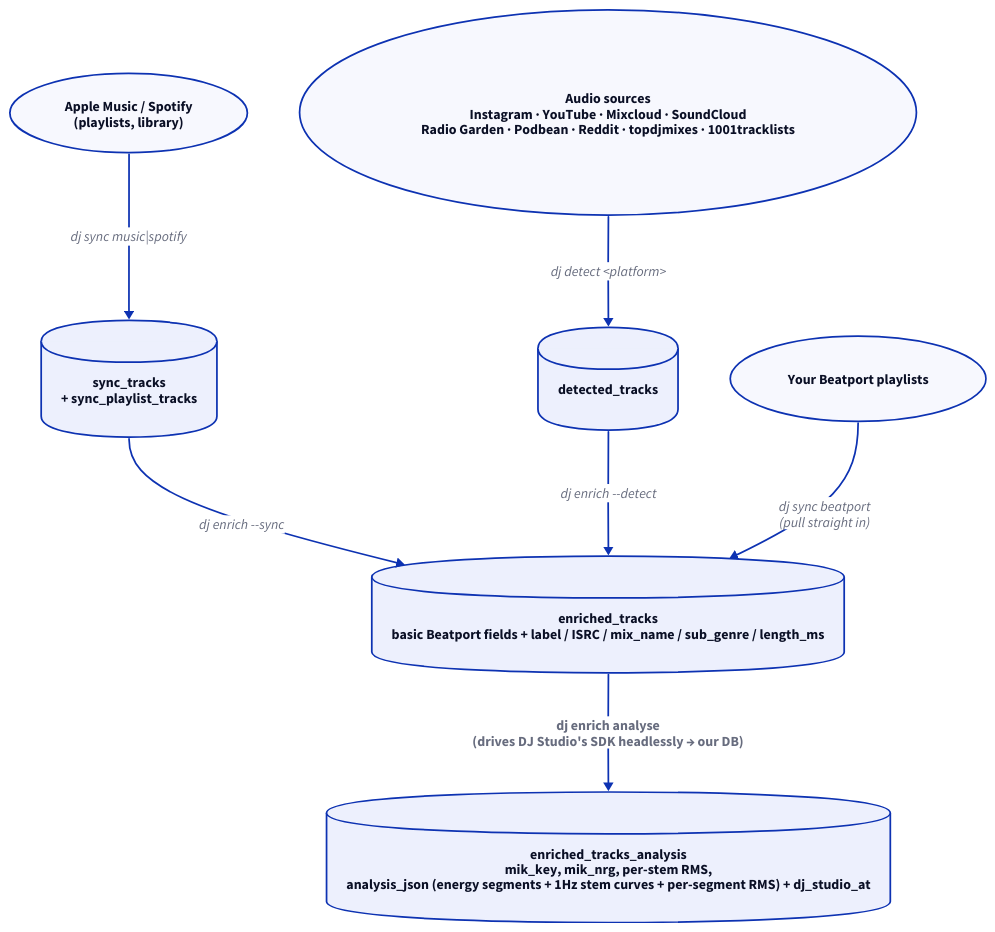
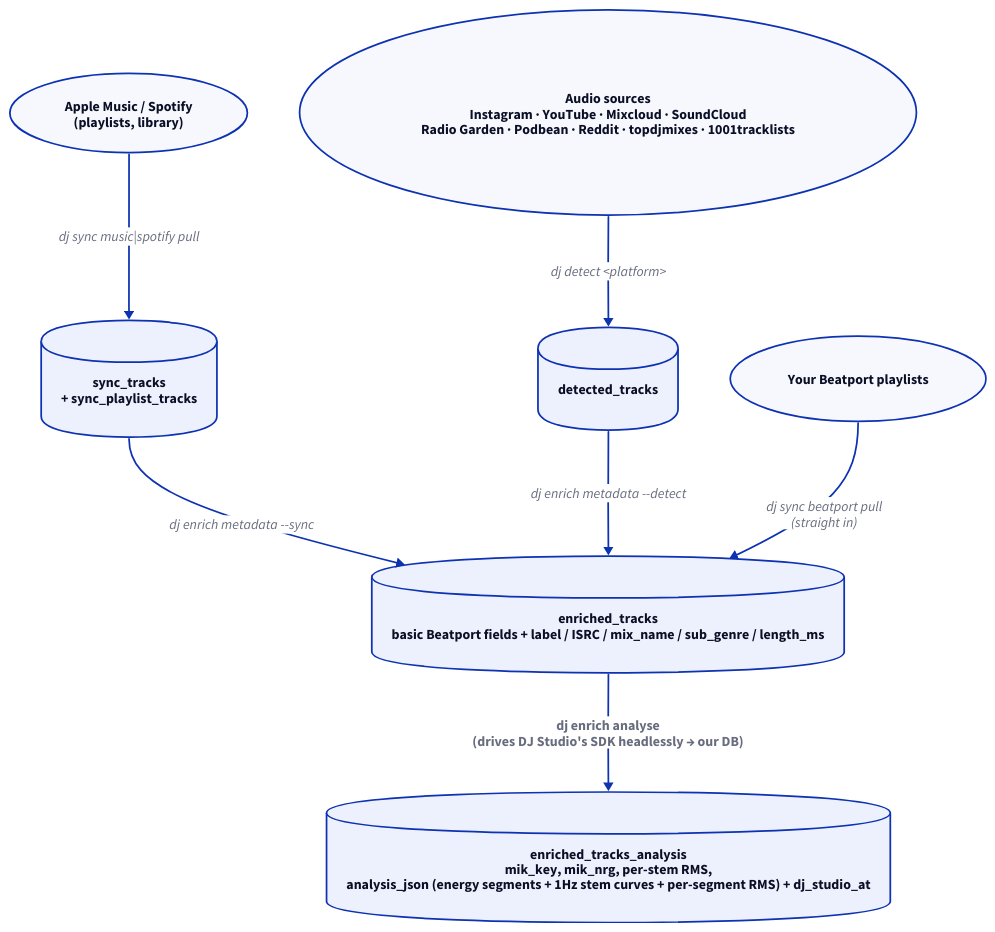
Before and after one commit to baymac/djstudio-export: the diagram in docs/diagrams/pipeline.d2, drawn with D2. The commit also changed 27 other files, not shown here.

```diff
--- a/docs/diagrams/pipeline.d2
+++ b/docs/diagrams/pipeline.d2
@@ -1,37 +1,37 @@
 # dj pipeline — sources → enriched library → analysis. Source: README "Pipeline at a glance".
 # Render: d2 --theme 0 --dark-theme 200 --pad 20 pipeline.d2 pipeline.svg
 
 direction: down
 
 apple: "Apple Music / Spotify\n(playlists, library)" {
   shape: oval
 }
 audio: "Audio sources\nInstagram · YouTube · Mixcloud · SoundCloud\nRadio Garden · Podbean · Reddit · topdjmixes · 1001tracklists" {
   shape: oval
 }
 bp_pl: "Your Beatport playlists" {
   shape: oval
 }
 
 sync_tracks: "sync_tracks\n+ sync_playlist_tracks" {
   shape: cylinder
 }
 detected: "detected_tracks" {
   shape: cylinder
 }
 enriched: "enriched_tracks\nbasic Beatport fields + label / ISRC / mix_name / sub_genre / length_ms" {
   shape: cylinder
   style.bold: true
 }
 analysis: "enriched_tracks_analysis\nmik_key, mik_nrg, per-stem RMS,\nanalysis_json (energy segments + 1Hz stem curves + per-segment RMS) + dj_studio_at" {
   shape: cylinder
 }
 
-apple -> sync_tracks: "dj sync music|spotify"
-sync_tracks -> enriched: "dj enrich --sync"
+apple -> sync_tracks: "dj sync music|spotify pull"
+sync_tracks -> enriched: "dj enrich metadata --sync"
 audio -> detected: "dj detect <platform>"
-detected -> enriched: "dj enrich --detect"
-bp_pl -> enriched: "dj sync beatport\n(pull straight in)"
+detected -> enriched: "dj enrich metadata --detect"
+bp_pl -> enriched: "dj sync beatport pull\n(straight in)"
 enriched -> analysis: "dj enrich analyse\n(drives DJ Studio's SDK headlessly → our DB)" {
   style.bold: true
 }
```
